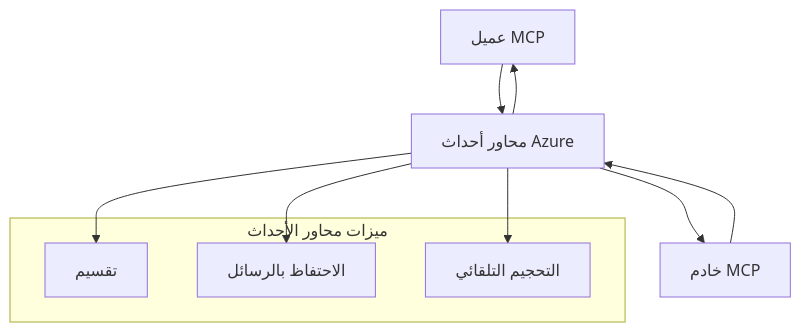
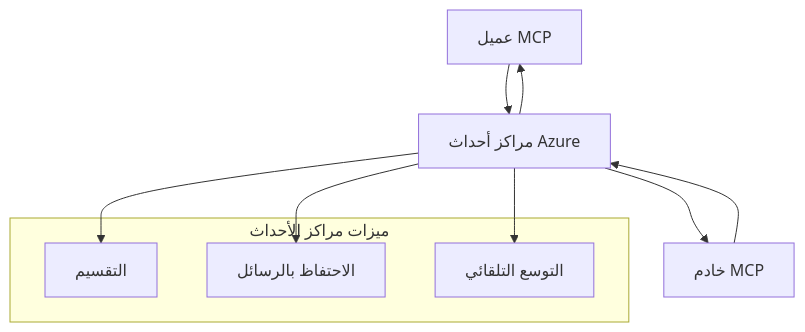
One commit to HIDORAKAI002/ai-workspace-archive changed the second of 2 diagrams in mcp_ecosystem__model_context_protocol/mcp_learning_resources/mcp-for-beginners/translations/ar/05-AdvancedTopics/mcp-transport/README.md. Above: the diagram before and after it, drawn with Mermaid. The commit also changed other lines of this file and 1046 other files, not shown here.

````diff
--- a/mcp_ecosystem__model_context_protocol/mcp_learning_resources/mcp-for-beginners/translations/ar/05-AdvancedTopics/mcp-transport/README.md
+++ b/mcp_ecosystem__model_context_protocol/mcp_learning_resources/mcp-for-beginners/translations/ar/05-AdvancedTopics/mcp-transport/README.md
@@ -270,17 +272,17 @@
 ```mermaid
 graph TB
-    Client[عميل MCP] --> EH[محاور أحداث Azure]
+    Client[عميل MCP] --> EH[مراكز أحداث Azure]
     EH --> Server[خادم MCP]
     Server --> EH
     EH --> Client
     
-    subgraph "ميزات محاور الأحداث"
-        Partition[تقسيم]
+    subgraph "ميزات مراكز الأحداث"
+        Partition[التقسيم]
         Retention[الاحتفاظ بالرسائل]
-        Scaling[التحجيم التلقائي]
+        Scaling[التوسع التلقائي]
     end
     
     EH --> Partition
     EH --> Retention
     EH --> Scaling
 ```
````
